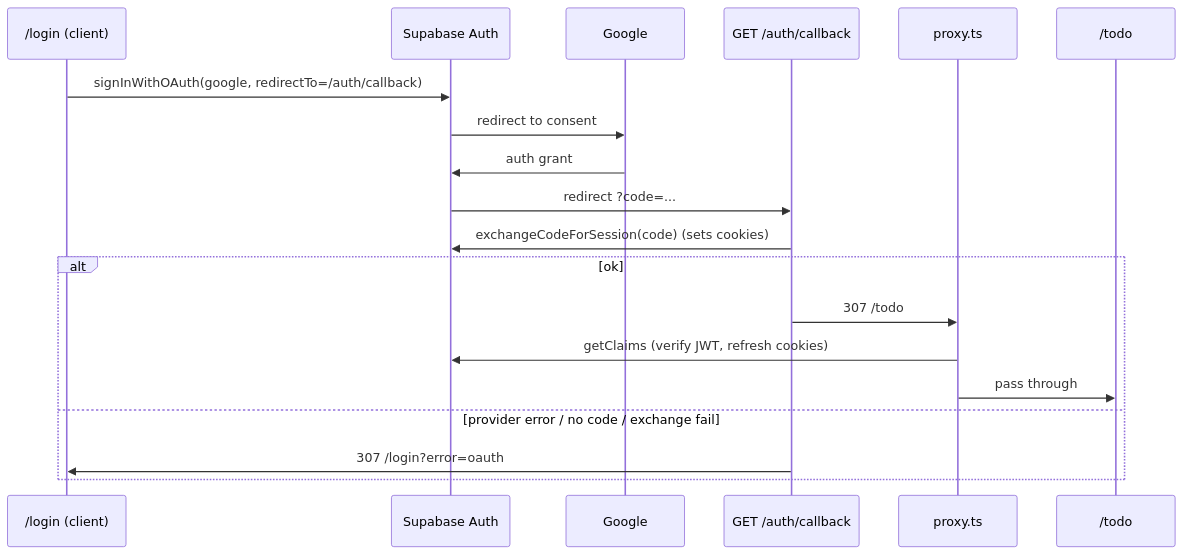
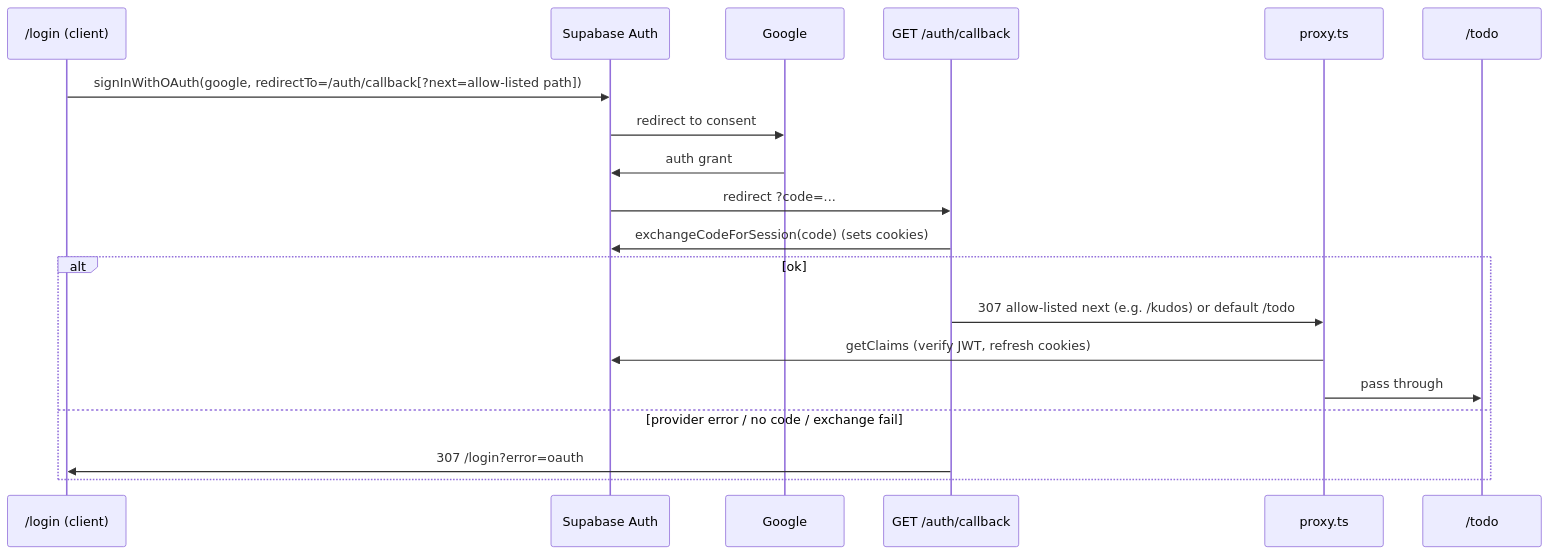
One commit to vankt-2781/mock-aidd-kudo-app changed the second of 7 diagrams in docs/system/architecture.md. Above: the diagram before and after it, drawn with Mermaid. The commit also changed other lines of this file and 9 other files, not shown here.

````diff
--- a/docs/system/architecture.md
+++ b/docs/system/architecture.md
@@ -83,22 +94,22 @@
 ```mermaid
 sequenceDiagram
     participant UI as /login (client)
     participant SB as Supabase Auth
     participant G as Google
     participant CB as GET /auth/callback
     participant PX as proxy.ts
     participant T as /todo
 
-    UI->>SB: signInWithOAuth(google, redirectTo=/auth/callback)
+    UI->>SB: signInWithOAuth(google, redirectTo=/auth/callback[?next=allow-listed path])
     SB->>G: redirect to consent
     G->>SB: auth grant
     SB->>CB: redirect ?code=...
     CB->>SB: exchangeCodeForSession(code) (sets cookies)
     alt ok
-        CB->>PX: 307 /todo
+        CB->>PX: 307 allow-listed next (e.g. /kudos) or default /todo
         PX->>SB: getClaims (verify JWT, refresh cookies)
         PX->>T: pass through
     else provider error / no code / exchange fail
         CB->>UI: 307 /login?error=oauth
     end
 ```
````
